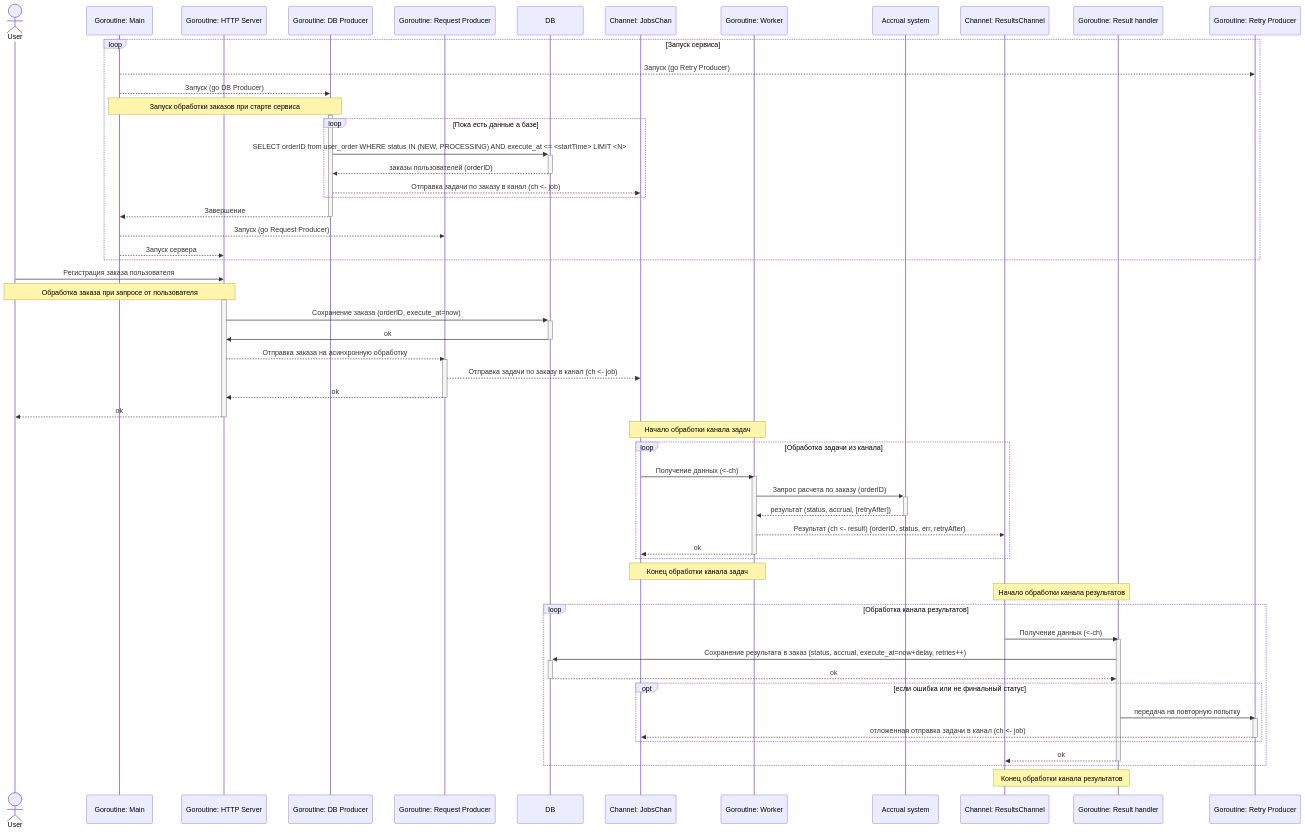
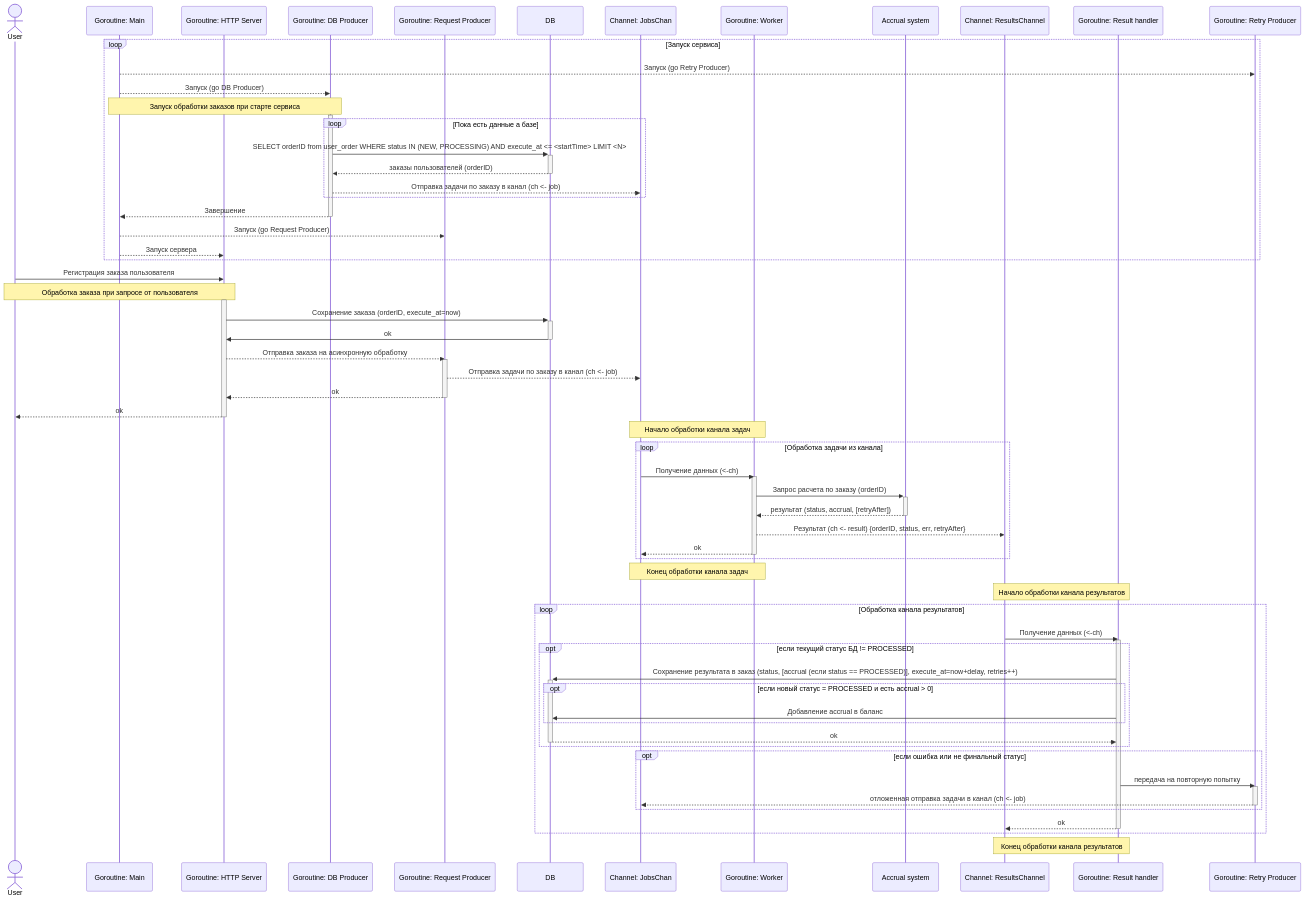
Before and after one commit to liebeSonne/gophermart: the diagram in docs/AsyncSequence.mmd, drawn with Mermaid.

Commit message:
v1 - дополнил логику обработчика начислением на баланс

```diff
--- a/docs/AsyncSequence.mmd
+++ b/docs/AsyncSequence.mmd
@@ -1,73 +1,78 @@
 sequenceDiagram
     actor User as User
     participant Main as Goroutine: Main
     participant Server as Goroutine: HTTP Server
     participant PDB as Goroutine: DB Producer
     participant PRequest as Goroutine: Request Producer
     participant DB as DB
     participant JobsCh as Channel: JobsChan
     participant Worker as Goroutine: Worker
     participant Accrual as Accrual system
     participant ResultCh as Channel: ResultsChannel
     participant ResultHandler as Goroutine: Result handler
     participant PRetry as Goroutine: Retry Producer
 
     loop Запуск сервиса
         Main-->>PRetry: Запуск (go Retry Producer)
         Main-->>PDB: Запуск (go DB Producer)
         Note over Main,PDB: Запуск обработки заказов при старте сервиса
         activate PDB
             loop Пока есть данные а базе
                 %% Выборка заказов, с лимитом на один запрос, в не завершенном статусе с execute_at меньше даты старта
                 PDB->>+DB: SELECT orderID from user_order WHERE status IN (NEW, PROCESSING) AND execute_at <= <startTime> LIMIT <N>
                 DB-->>-PDB: заказы пользователей (orderID)
                 PDB-->>JobsCh: Отправка задачи по заказу в канал (ch <- job)
             end
         PDB-->>Main: Завершение
         deactivate PDB
         Main-->>PRequest: Запуск (go Request Producer)
         Main-->>Server: Запуск сервера
     end
 
     User->>Server: Регистрация заказа пользователя
     Note over User,Server: Обработка заказа при запросе от пользователя
     activate Server
         Server->>+DB: Сохранение заказа (orderID, execute_at=now)
         DB->>-Server: ok
         Server-->>PRequest: Отправка заказа на асинхронную обработку
         activate PRequest
             PRequest-->>JobsCh: Отправка задачи по заказу в канал (ch <- job)
             PRequest-->>Server: ok
         deactivate PRequest
         Server-->>User: ok
     deactivate Server
 
 
     Note over JobsCh, Worker: Начало обработки канала задач
     loop Обработка задачи из канала
         JobsCh->>Worker: Получение данных (<-ch)
         activate Worker
             Worker->>+Accrual: Запрос расчета по заказу (orderID)
             Accrual-->>-Worker: результат (status, accrual, [retryAfter])
             Worker-->>ResultCh: Результат (ch <- result) {orderID, status, err, retryAfter}
             Worker-->>JobsCh: ok
         deactivate Worker
     end
     Note over JobsCh, Worker: Конец обработки канала задач
 
     Note over ResultCh, ResultHandler: Начало обработки канала результатов
     loop Обработка канала результатов
         ResultCh->>ResultHandler: Получение данных (<-ch)
         activate ResultHandler
-            ResultHandler->>+DB: Сохранение результата в заказ (status, accrual, execute_at=now+delay, retries++)
-            DB-->>-ResultHandler: ok
+            opt если текущий статус БД != PROCESSED
+                ResultHandler->>+DB: Сохранение результата в заказ (status, [accrual (если status == PROCESSED)], execute_at=now+delay, retries++)
+                opt если новый статус = PROCESSED и есть accrual > 0
+                    ResultHandler->>DB: Добавление accrual в баланс
+                end
+                DB-->>-ResultHandler: ok
+            end
             opt если ошибка или не финальный статус
                 ResultHandler->>PRetry: передача на повторную попытку
                 activate PRetry
                 PRetry-->>JobsCh: отложенная отправка задачи в канал (ch <- job)
                 deactivate PRetry
             end
         ResultHandler-->>ResultCh: ok
         deactivate ResultHandler
     end
     Note over ResultCh, ResultHandler: Конец обработки канала результатов
```
